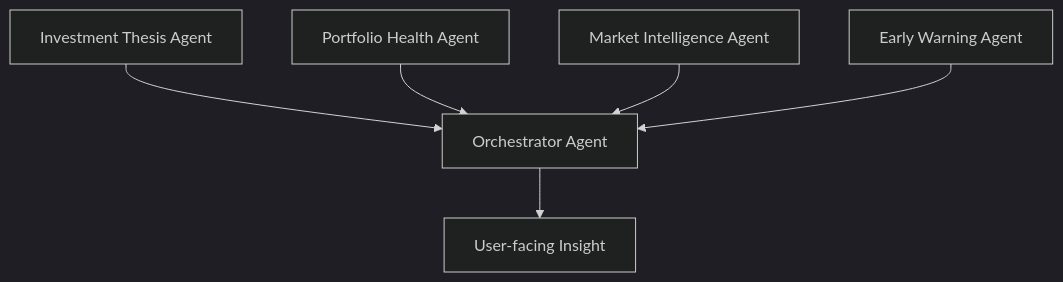
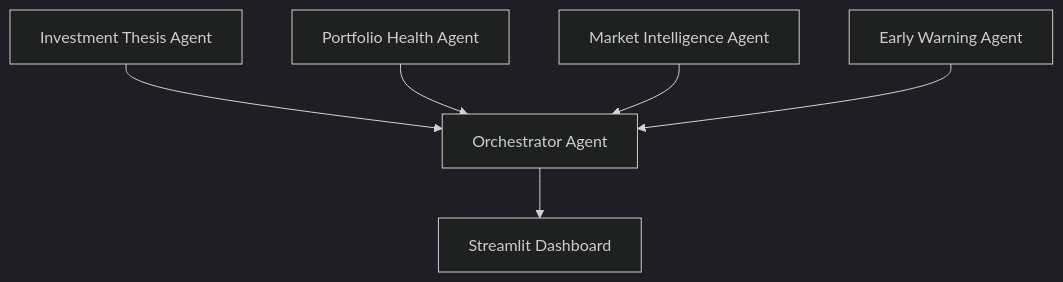
Before and after one commit to chahatsaini13/Agentic-Portfolio-Guardian: the diagram in README.md, drawn with Mermaid (dark theme). The commit also changed other lines of this file, not shown here.

````diff
--- a/README.md
+++ b/README.md
@@ -13,8 +13,8 @@
 ```mermaid
 graph TD
     A[Investment Thesis Agent] --> O[Orchestrator Agent]
     B[Portfolio Health Agent] --> O
     C[Market Intelligence Agent] --> O
     D[Early Warning Agent] --> O
-    O --> U[User-facing Insight]
+    O --> U[Streamlit Dashboard]
 ```
````
